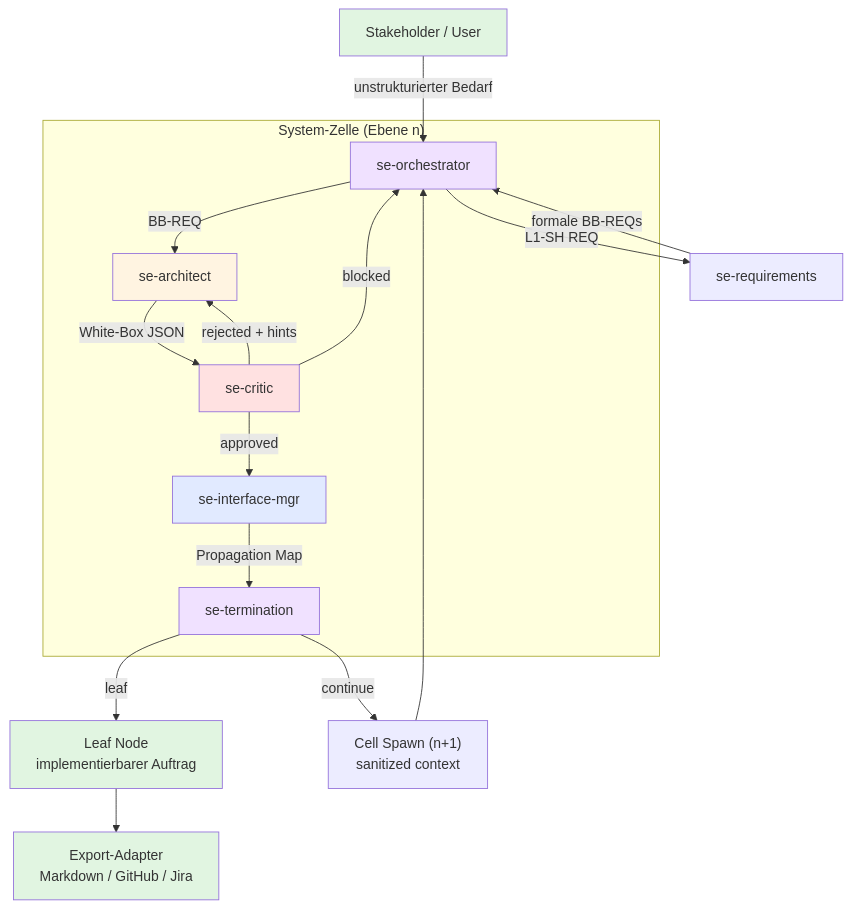
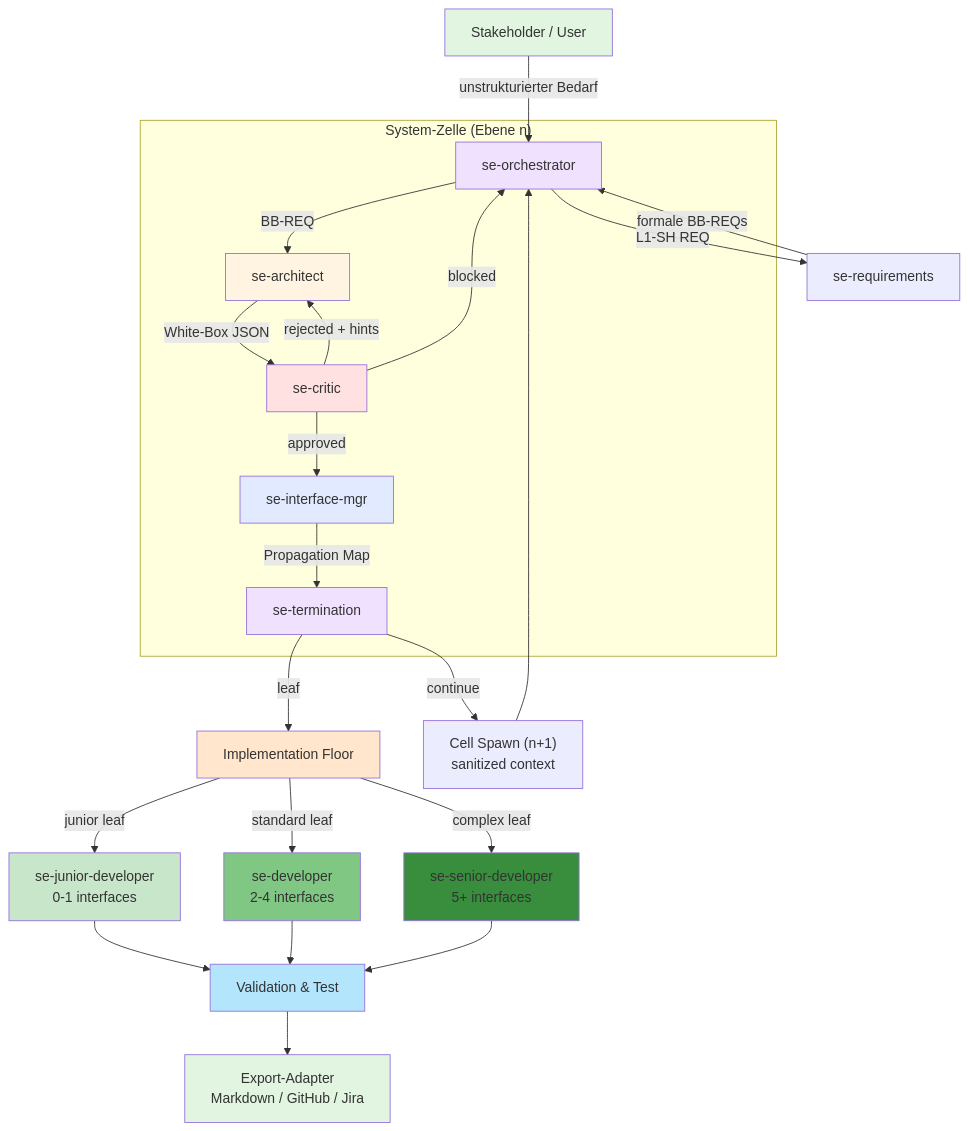
One commit to Popoboxxo/agent-meta changed the first of 4 diagrams in docs/architecture/07-se-cascade.md. Above: the diagram before and after it, drawn with Mermaid. The commit also changed other lines of this file and 43 other files, not shown here.

````diff
--- a/docs/architecture/07-se-cascade.md
+++ b/docs/architecture/07-se-cascade.md
@@ -15,30 +15,41 @@
 ```mermaid
 graph TD
     USER["Stakeholder / User"] -->|unstrukturierter Bedarf| ORCH["se-orchestrator"]
     ORCH -->|L1-SH REQ| REQ["se-requirements"]
     REQ -->|formale BB-REQs| ORCH
 
     subgraph "System-Zelle (Ebene n)"
         ORCH -->|BB-REQ| ARCH["se-architect"]
         ARCH -->|White-Box JSON| CRIT["se-critic"]
         CRIT -->|approved| IFM["se-interface-mgr"]
         CRIT -->|rejected + hints| ARCH
         CRIT -->|blocked| ORCH
         IFM -->|Propagation Map| TERM["se-termination"]
     end
 
-    TERM -->|leaf| LEAF["Leaf Node<br/>implementierbarer Auftrag"]
+    TERM -->|leaf| IMP["Implementation Floor"]
     TERM -->|continue| SPAWN["Cell Spawn (n+1)<br/>sanitized context"]
     SPAWN --> ORCH
 
-    LEAF --> EXPORT["Export-Adapter<br/>Markdown / GitHub / Jira"]
+    IMP -->|junior leaf| JUNIOR["se-junior-developer<br/>0-1 interfaces"]
+    IMP -->|standard leaf| DEV["se-developer<br/>2-4 interfaces"]
+    IMP -->|complex leaf| SENIOR["se-senior-developer<br/>5+ interfaces"]
+
+    JUNIOR --> VALIDATE["Validation & Test"]
+    DEV --> VALIDATE
+    SENIOR --> VALIDATE
+    VALIDATE --> EXPORT["Export-Adapter<br/>Markdown / GitHub / Jira"]
 
     style USER fill:#e1f5e1
     style ORCH fill:#f0e1ff
     style ARCH fill:#fff4e1
     style CRIT fill:#ffe1e1
     style IFM fill:#e1eaff
     style TERM fill:#f0e1ff
-    style LEAF fill:#e1f5e1
+    style IMP fill:#ffe6cc
+    style JUNIOR fill:#c8e6c9
+    style DEV fill:#81c784
+    style SENIOR fill:#388e3c
+    style VALIDATE fill:#b3e5fc
     style EXPORT fill:#e1f5e1
 ```
````
